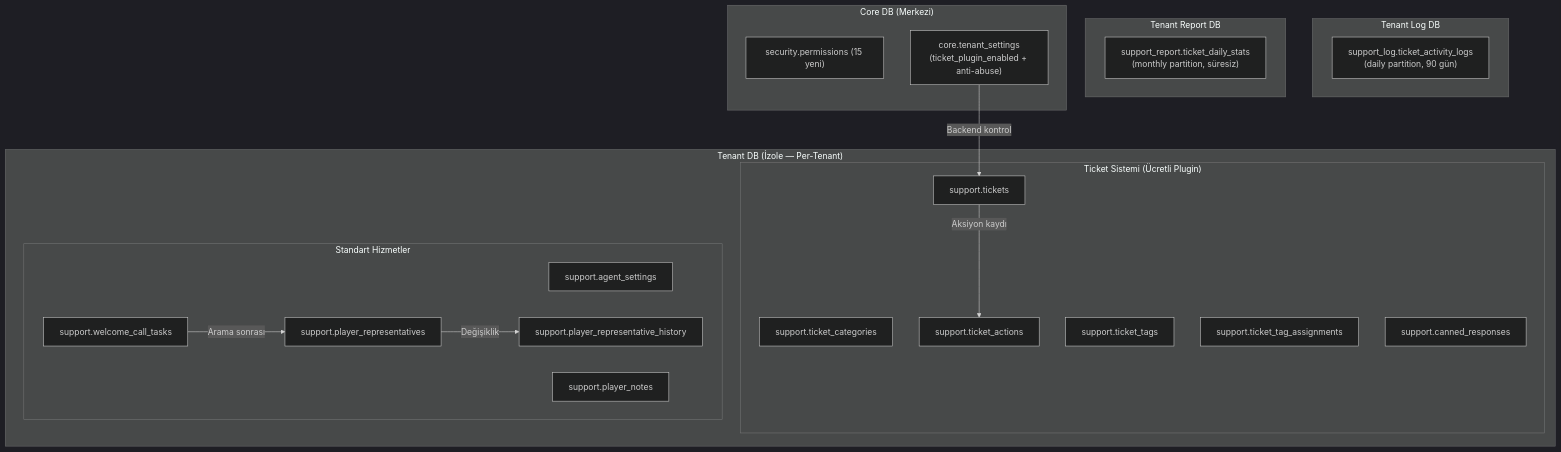
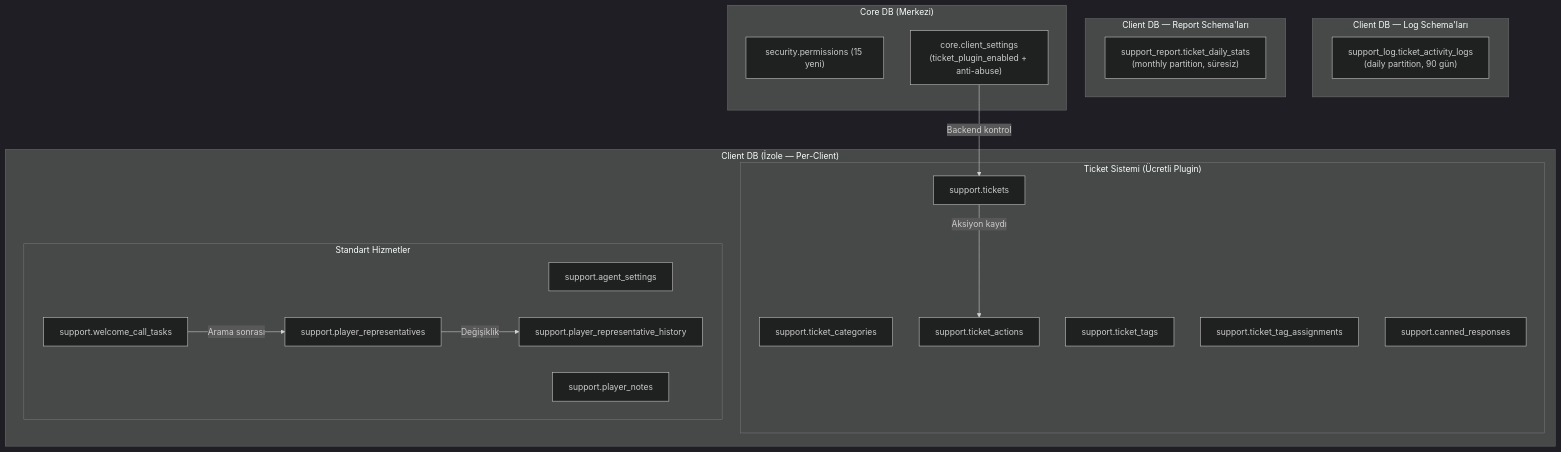
Before and after one commit to frhtshn/One.DB: the first of 5 diagrams in .docs/guides/CALL_CENTER_GUIDE.md, drawn with Mermaid (dark theme). The commit also changed other lines of this file and 442 other files, not shown here.

First line of the commit message:
Nucleo → Sortis One ve tenant → client içerik güncellemeleri

````diff
--- a/.docs/guides/CALL_CENTER_GUIDE.md
+++ b/.docs/guides/CALL_CENTER_GUIDE.md
@@ -27,39 +27,39 @@
 ```mermaid
 flowchart TD
-    subgraph TENANT_DB["Tenant DB (İzole — Per-Tenant)"]
+    subgraph CLIENT_DB["Client DB (İzole — Per-Client)"]
         subgraph TICKET["Ticket Sistemi (Ücretli Plugin)"]
             TC["support.ticket_categories"]
             TK["support.tickets"]
             TA["support.ticket_actions"]
             TT["support.ticket_tags"]
             TTA["support.ticket_tag_assignments"]
             CR["support.canned_responses"]
         end
 
         subgraph STANDARD["Standart Hizmetler"]
             AS["support.agent_settings"]
             PN["support.player_notes"]
             PR["support.player_representatives"]
             PRH["support.player_representative_history"]
             WCT["support.welcome_call_tasks"]
         end
     end
 
-    subgraph TENANT_LOG["Tenant Log DB"]
+    subgraph CLIENT_LOG["Client DB — Log Schema'ları"]
         TAL["support_log.ticket_activity_logs<br/>(daily partition, 90 gün)"]
     end
 
-    subgraph TENANT_REPORT["Tenant Report DB"]
+    subgraph CLIENT_REPORT["Client DB — Report Schema'ları"]
         TDS["support_report.ticket_daily_stats<br/>(monthly partition, süresiz)"]
     end
 
     subgraph CORE_DB["Core DB (Merkezi)"]
         PERM["security.permissions (15 yeni)"]
-        TS["core.tenant_settings<br/>(ticket_plugin_enabled + anti-abuse)"]
+        TS["core.client_settings<br/>(ticket_plugin_enabled + anti-abuse)"]
     end
 
     TK -->|"Aksiyon kaydı"| TA
     WCT -->|"Arama sonrası"| PR
     PR -->|"Değişiklik"| PRH
     TS -->|"Backend kontrol"| TK
 ```
````
